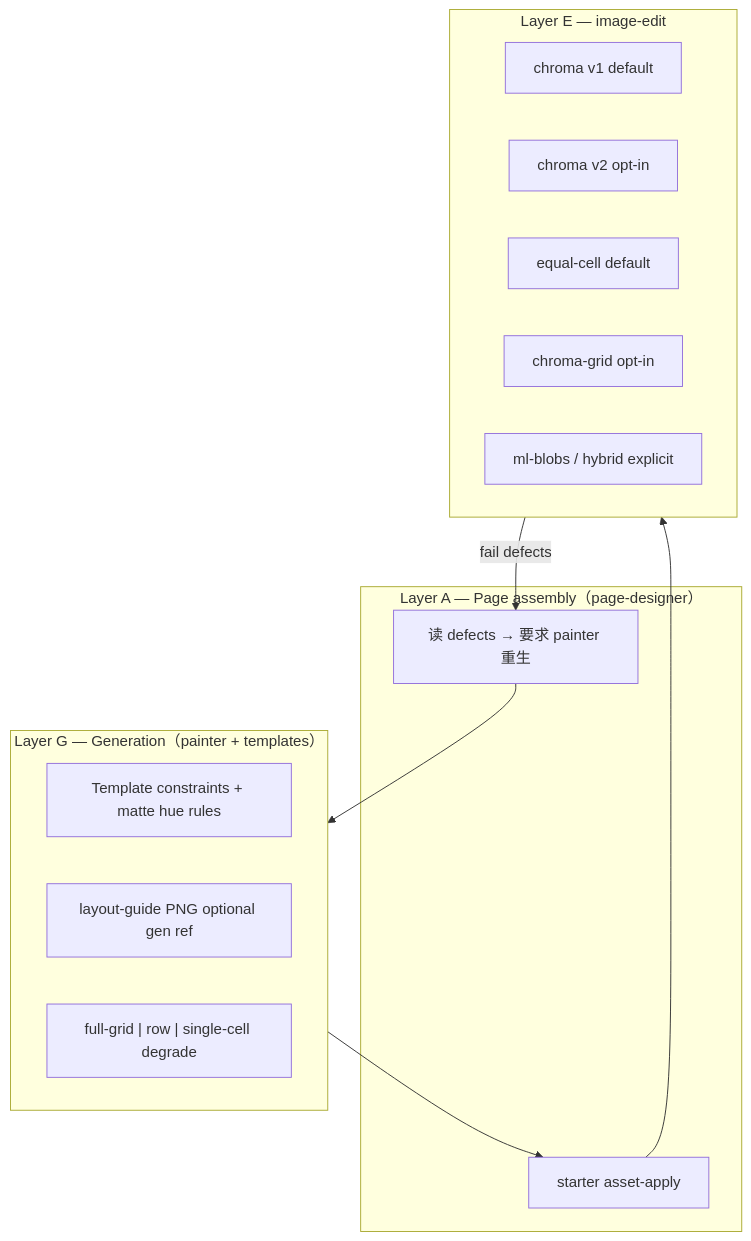
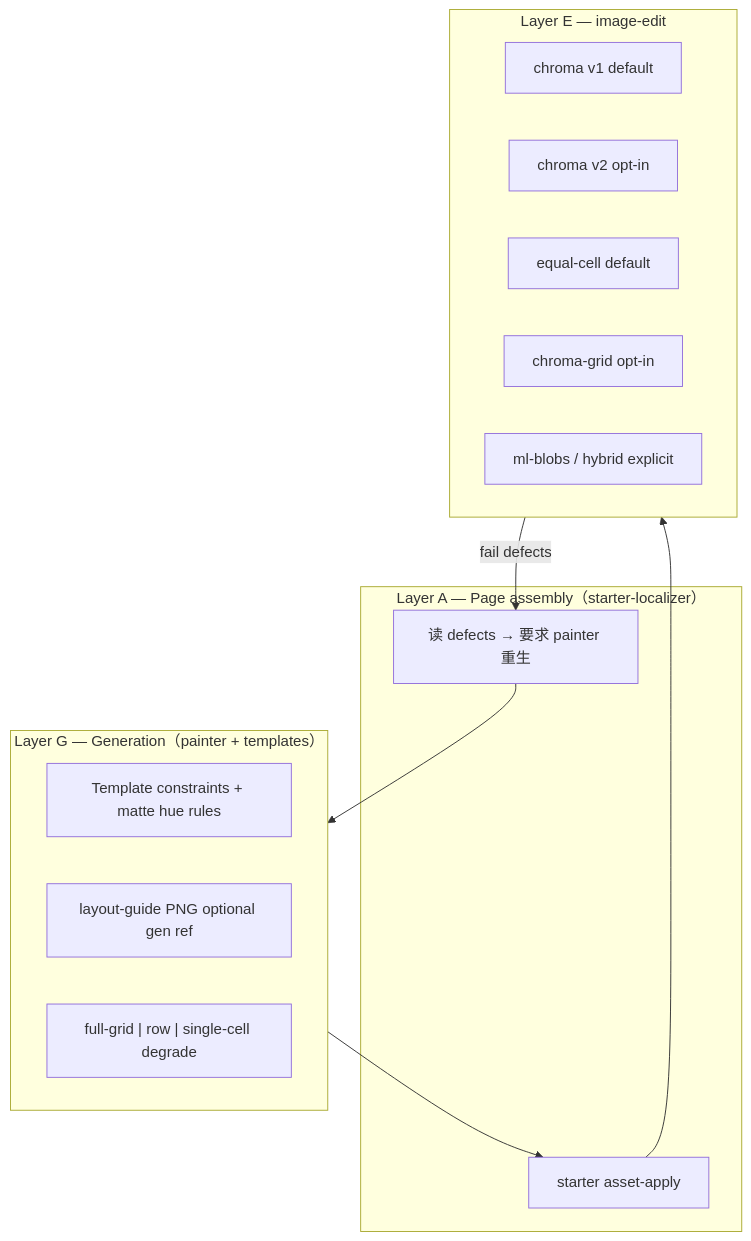
One commit to l1veIn/repochan-mono changed the third of 5 diagrams in docs/design/cutout-slice-stability.md. Above: the diagram before and after it, drawn with Mermaid. The commit also changed other lines of this file and 47 other files, not shown here.

````diff
--- a/docs/design/cutout-slice-stability.md
+++ b/docs/design/cutout-slice-stability.md
@@ -240,26 +240,26 @@
 ```mermaid
 flowchart TB
   subgraph Gen["Layer G — Generation（painter + templates）"]
     T["Template constraints + matte hue rules"]
     LG["layout-guide PNG optional gen ref"]
     MODE["full-grid | row | single-cell degrade"]
   end
 
-  subgraph Assemble["Layer A — Page assembly（page-designer）"]
+  subgraph Assemble["Layer A — Page assembly（starter-localizer）"]
     APPLY["starter asset-apply"]
     RETRY["读 defects → 要求 painter 重生"]
   end
 
   subgraph Edit["Layer E — image-edit"]
     V1["chroma v1 default"]
     V2["chroma v2 opt-in"]
     EQ["equal-cell default"]
     CG["chroma-grid opt-in"]
     ML["ml-blobs / hybrid explicit"]
   end
 
   Gen --> APPLY
   APPLY --> Edit
   Edit -->|fail defects| RETRY
   RETRY --> Gen
 ```
````
